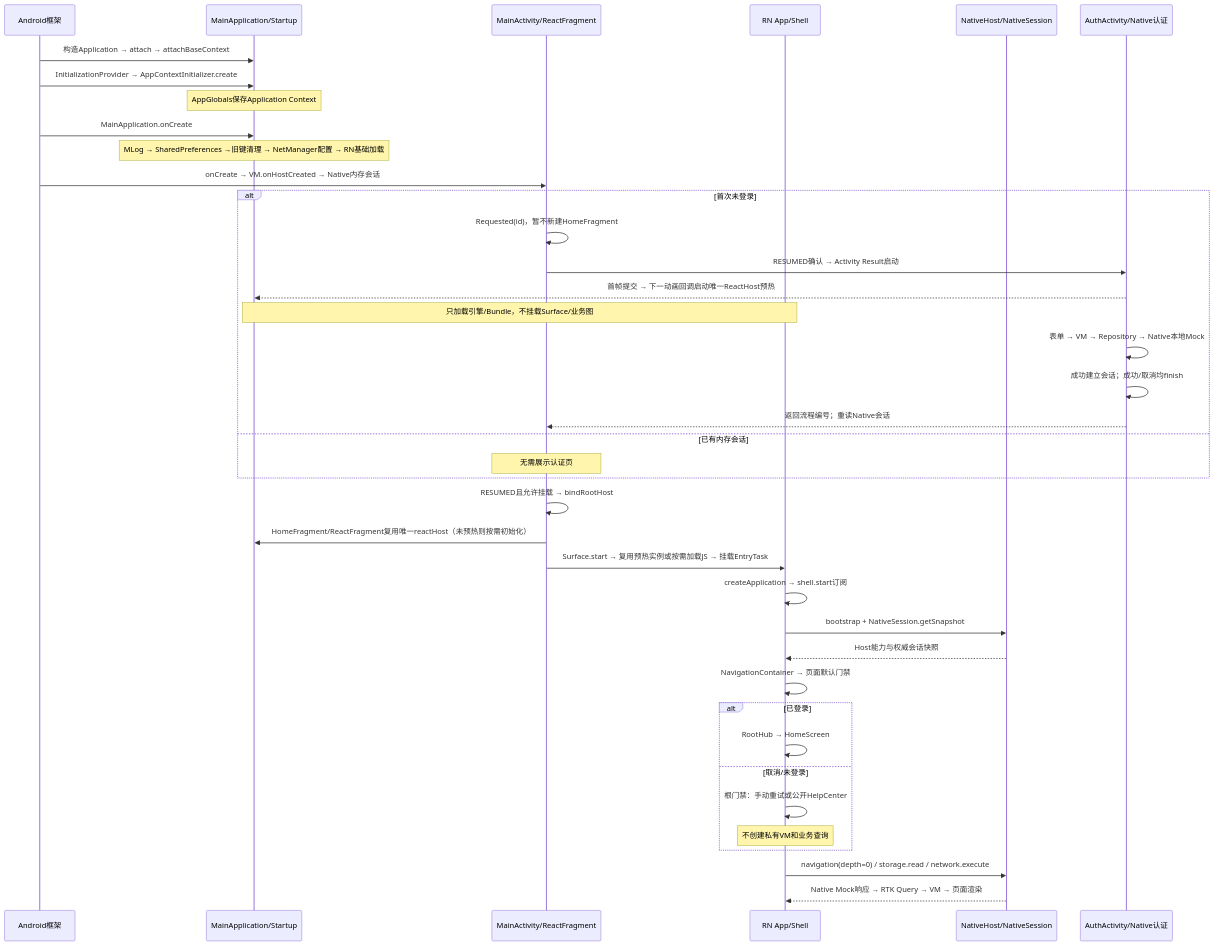
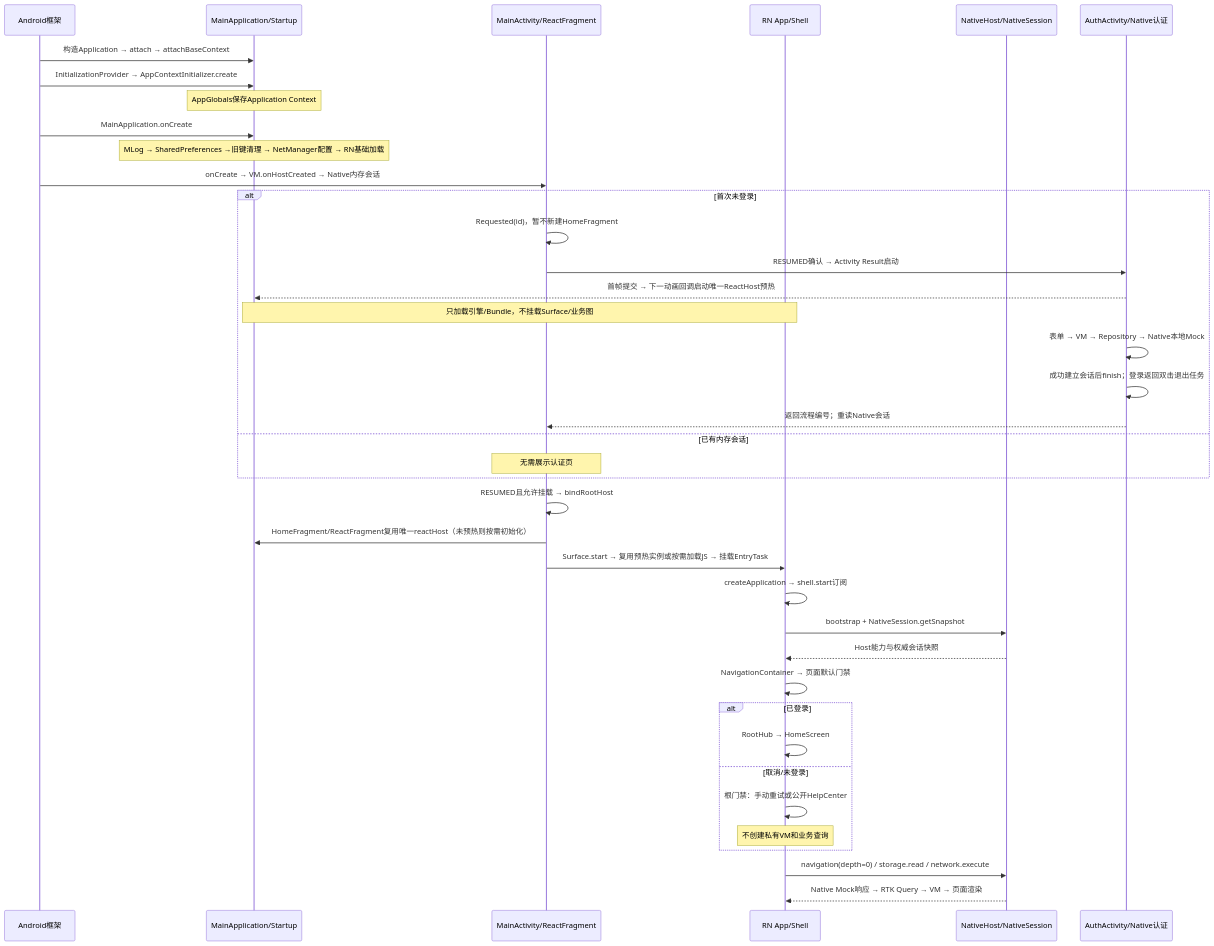
The diagram in docs/development/启动与登录全链路源码详解.md (rickdynasty/EntryTask), drawn with Mermaid before and after one commit. The commit also changed other lines of this file and 22 other files, not shown here.

````diff
--- a/docs/development/启动与登录全链路源码详解.md
+++ b/docs/development/启动与登录全链路源码详解.md
@@ -24,41 +24,41 @@
 ```mermaid
 sequenceDiagram
     participant OS as Android框架
     participant APP as MainApplication/Startup
     participant MAIN as MainActivity/ReactFragment
     participant RN as RN App/Shell
     participant BR as NativeHost/NativeSession
     participant AUTH as AuthActivity/Native认证
     OS->>APP: 构造Application → attach → attachBaseContext
     OS->>APP: InitializationProvider → AppContextInitializer.create
     Note over APP: AppGlobals保存Application Context
     OS->>APP: MainApplication.onCreate
     Note over APP: MLog → SharedPreferences →旧键清理 → NetManager配置 → RN基础加载
     OS->>MAIN: onCreate → VM.onHostCreated → Native内存会话
     alt 首次未登录
         MAIN->>MAIN: Requested(id)，暂不新建HomeFragment
         MAIN->>AUTH: RESUMED确认 → Activity Result启动
         AUTH-->>APP: 首帧提交 → 下一动画回调启动唯一ReactHost预热
         Note over APP,RN: 只加载引擎/Bundle，不挂载Surface/业务图
         AUTH->>AUTH: 表单 → VM → Repository → Native本地Mock
-        AUTH->>AUTH: 成功建立会话；成功/取消均finish
+        AUTH->>AUTH: 成功建立会话后finish；登录返回双击退出任务
         AUTH-->>MAIN: 返回流程编号；重读Native会话
     else 已有内存会话
         Note over MAIN: 无需展示认证页
     end
     MAIN->>MAIN: RESUMED且允许挂载 → bindRootHost
     MAIN->>APP: HomeFragment/ReactFragment复用唯一reactHost（未预热则按需初始化）
     MAIN->>RN: Surface.start → 复用预热实例或按需加载JS → 挂载EntryTask
     RN->>RN: createApplication → shell.start订阅
     RN->>BR: bootstrap + NativeSession.getSnapshot
     BR-->>RN: Host能力与权威会话快照
     RN->>RN: NavigationContainer → 页面默认门禁
     alt 已登录
         RN->>RN: RootHub → HomeScreen
     else 取消/未登录
         RN->>RN: 根门禁：手动重试或公开HelpCenter
         Note over RN: 不创建私有VM和业务查询
     end
     RN->>BR: navigation(depth=0) / storage.read / network.execute
     BR-->>RN: Native Mock响应 → RTK Query → VM → 页面渲染
 ```
````
